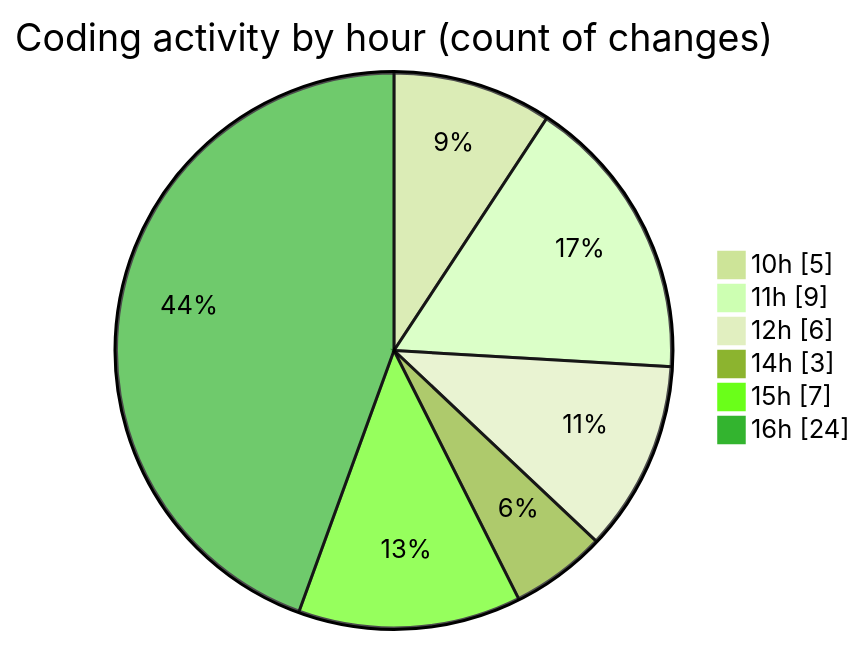
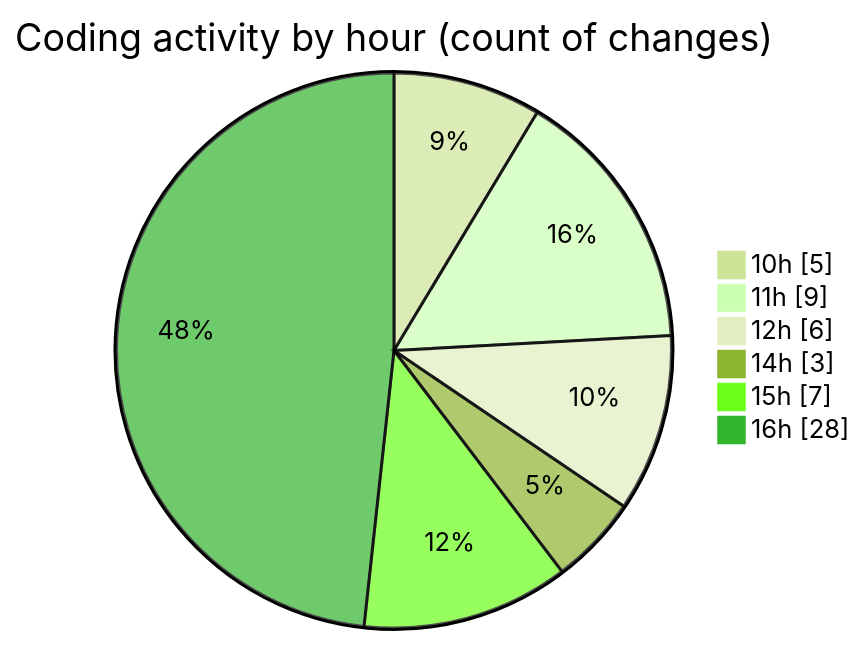
Before and after one commit to nxtqubesakshisongat/code-tracking: the second of 2 diagrams in 2025-08-11/nxtqube_webapp/README.md, drawn with Mermaid (forest theme). The commit also changed other lines of this file and 1 other file, not shown here.

````diff
--- a/2025-08-11/nxtqube_webapp/README.md
+++ b/2025-08-11/nxtqube_webapp/README.md
@@ -29,10 +29,10 @@
 ```mermaid
 pie showData
 title Coding activity by hour (count of changes)
 "10h" : 5
 "11h" : 9
 "12h" : 6
 "14h" : 3
 "15h" : 7
-"16h" : 24
+"16h" : 28
 ```
````
